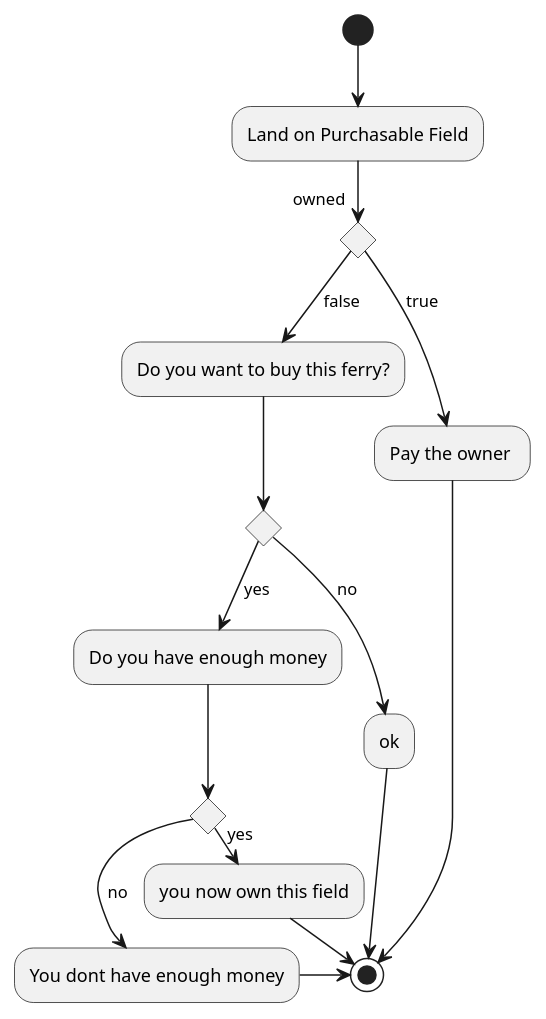
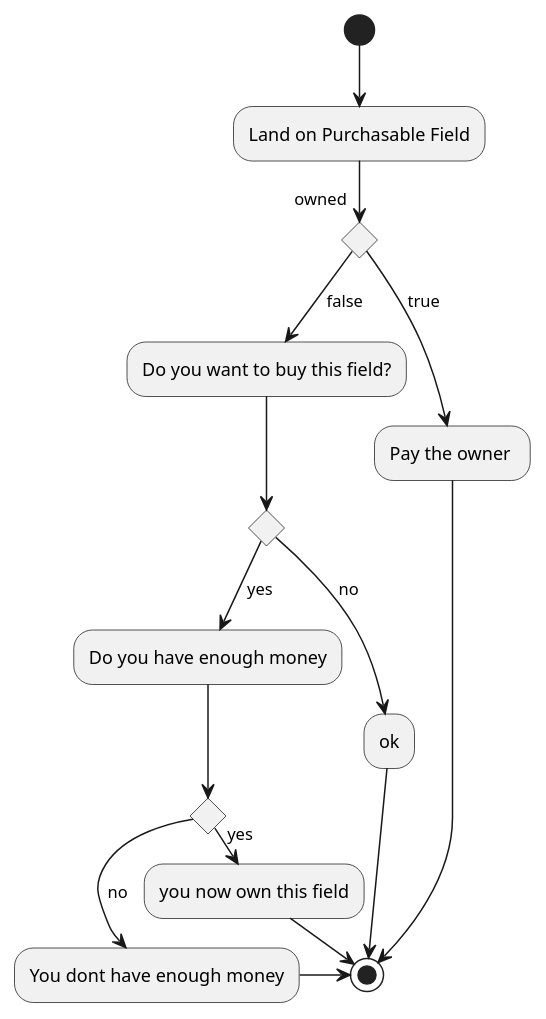
Before and after one commit to christianhyltoft/GAMEassignment: the diagram in UML/Activity/LandonPurchaseablefield.puml, drawn with PlantUML. The commit also changed 1 other file, not shown here.

```diff
--- a/UML/Activity/LandonPurchaseablefield.puml
+++ b/UML/Activity/LandonPurchaseablefield.puml
@@ -1,29 +1,29 @@
 @startuml
 'https://plantuml.com/activity-diagram-beta
 
 (*) --> "Land on Purchasable Field"
 if "owned" then
    --> [true] "Pay the owner "
    -down->(*)
 else
--->[false]  "Do you want to buy this ferry?"
+-->[false]  "Do you want to buy this field?"
 if ""
 --> [no] "ok"
 ->(*)
 else
 -->[yes] "Do you have enough money"
 endif
 if""
 ->[yes] "you now own this field"
 ->(*)
 else
 -->[no] "You dont have enough money"
 ->(*)
 endif
 
 
 
 
 
 
 @enduml
```
